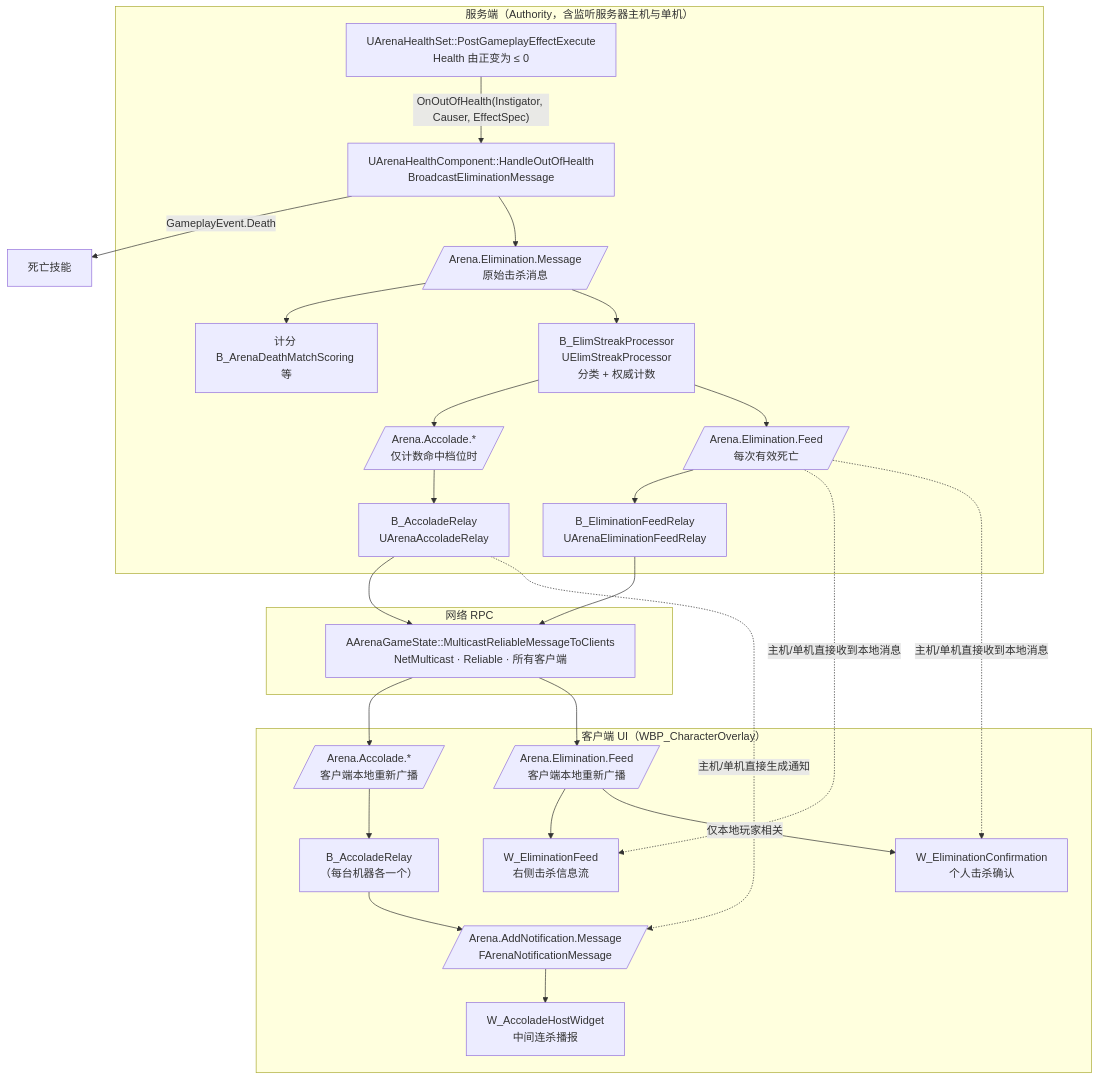
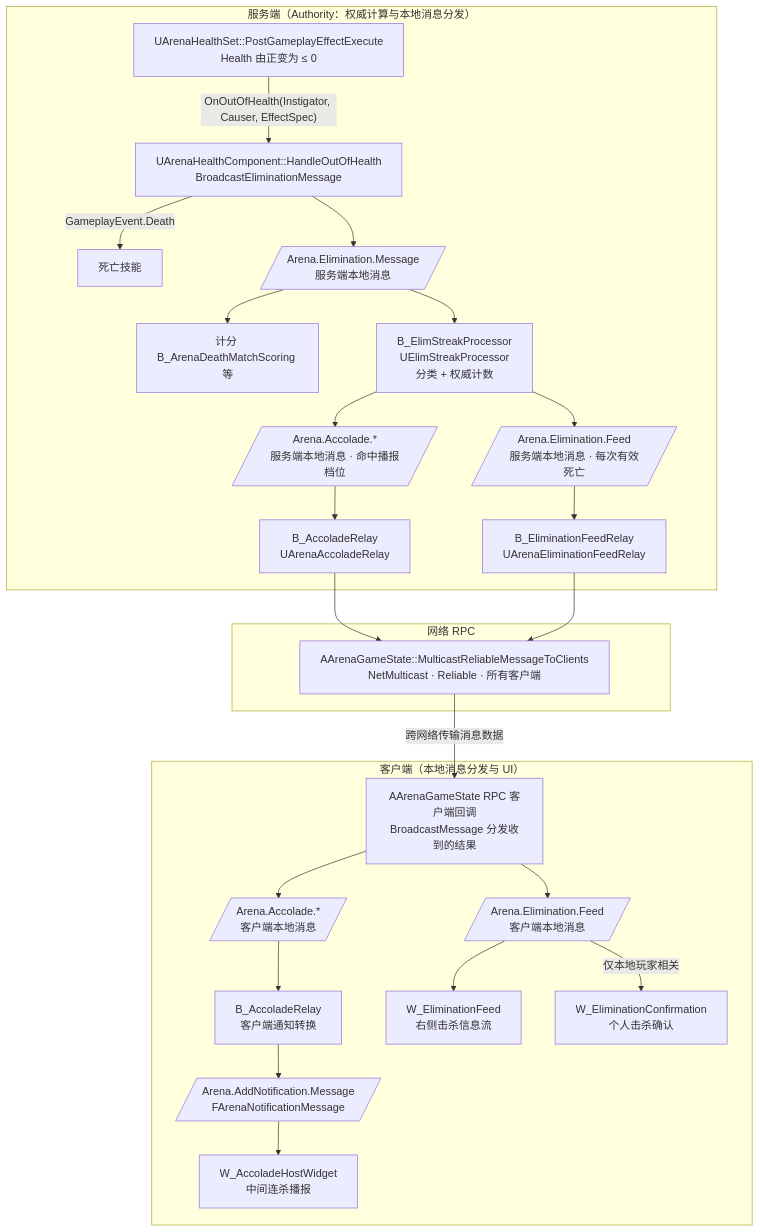
One commit to FutureWayne/ProjectDLLM changed the first of 4 diagrams in Docs/EliminationNotifications.md. Above: the diagram before and after it, drawn with Mermaid. The commit also changed other lines of this file, not shown here.

Commit message:
Clarify elimination notifications from server and client perspectives

````diff
--- a/Docs/EliminationNotifications.md
+++ b/Docs/EliminationNotifications.md
@@ -14,43 +18,43 @@
 ```mermaid
 flowchart TD
-    subgraph Server["服务端（Authority，含监听服务器主机与单机）"]
+    subgraph Server["服务端（Authority：权威计算与本地消息分发）"]
         HS["UArenaHealthSet::PostGameplayEffectExecute<br/>Health 由正变为 ≤ 0"]
         HC["UArenaHealthComponent::HandleOutOfHealth<br/>BroadcastEliminationMessage"]
-        EM[/"Arena.Elimination.Message<br/>原始击杀消息"/]
+        Death["死亡技能"]
+        EM[/"Arena.Elimination.Message<br/>服务端本地消息"/]
         Other["计分 B_ArenaDeathMatchScoring 等"]
         SP["B_ElimStreakProcessor<br/>UElimStreakProcessor<br/>分类 + 权威计数"]
-        AM[/"Arena.Accolade.*<br/>仅计数命中档位时"/]
-        FM[/"Arena.Elimination.Feed<br/>每次有效死亡"/]
+        AM[/"Arena.Accolade.*<br/>服务端本地消息 · 命中播报档位"/]
+        FM[/"Arena.Elimination.Feed<br/>服务端本地消息 · 每次有效死亡"/]
         AR["B_AccoladeRelay<br/>UArenaAccoladeRelay"]
         FR["B_EliminationFeedRelay<br/>UArenaEliminationFeedRelay"]
     end
 
     subgraph Net["网络 RPC"]
         MRPC["AArenaGameState::MulticastReliableMessageToClients<br/>NetMulticast · Reliable · 所有客户端"]
     end
 
-    subgraph Client["客户端 UI（WBP_CharacterOverlay）"]
-        AM2[/"Arena.Accolade.*<br/>客户端本地重新广播"/]
-        AR2["B_AccoladeRelay<br/>（每台机器各一个）"]
+    subgraph Client["客户端（本地消息分发与 UI）"]
+        Receive["AArenaGameState RPC 客户端回调<br/>BroadcastMessage 分发收到的结果"]
+        AM2[/"Arena.Accolade.*<br/>客户端本地消息"/]
+        AR2["B_AccoladeRelay<br/>客户端通知转换"]
         NM[/"Arena.AddNotification.Message<br/>FArenaNotificationMessage"/]
         Host["W_AccoladeHostWidget<br/>中间连杀播报"]
-        FM2[/"Arena.Elimination.Feed<br/>客户端本地重新广播"/]
+        FM2[/"Arena.Elimination.Feed<br/>客户端本地消息"/]
         Feed["W_EliminationFeed<br/>右侧击杀信息流"]
         Confirm["W_EliminationConfirmation<br/>个人击杀确认"]
     end
 
     HS -- "OnOutOfHealth(Instigator, Causer, EffectSpec)" --> HC
-    HC -- "GameplayEvent.Death" --> Death["死亡技能"]
+    HC -- "GameplayEvent.Death" --> Death
     HC --> EM
     EM --> Other
     EM --> SP
     SP --> AM --> AR --> MRPC
     SP --> FM --> FR --> MRPC
-    MRPC --> AM2 --> AR2 --> NM --> Host
-    MRPC --> FM2
+    MRPC -- "跨网络传输消息数据" --> Receive
+    Receive --> AM2 --> AR2 --> NM --> Host
+    Receive --> FM2
     FM2 --> Feed
     FM2 -- "仅本地玩家相关" --> Confirm
-    AR -. "主机/单机直接生成通知" .-> NM
-    FM -. "主机/单机直接收到本地消息" .-> Feed
-    FM -. "主机/单机直接收到本地消息" .-> Confirm
 ```
````
